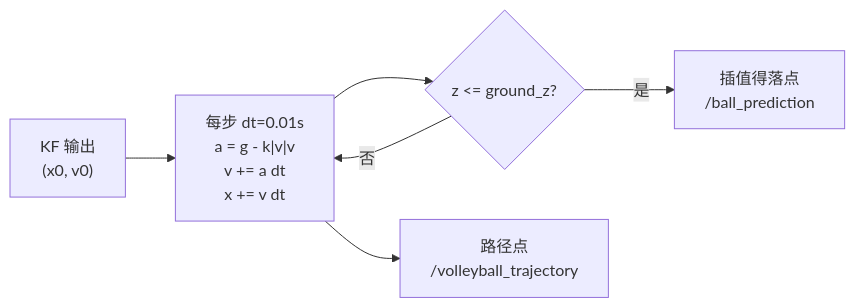
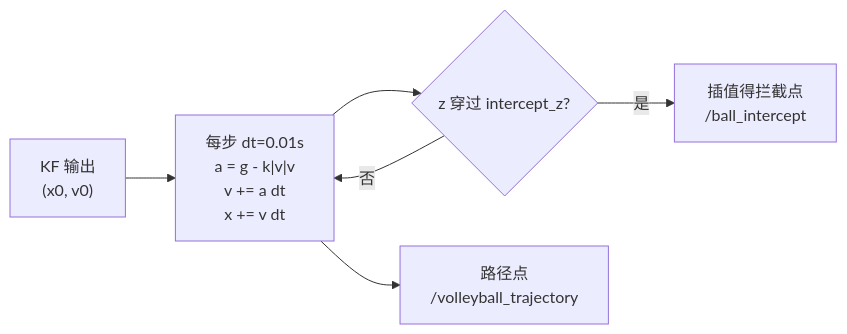
One commit to Jacknb03/volleyball_detection changed the fourth of 5 diagrams in README.md. Above: the diagram before and after it, drawn with Mermaid. The commit also changed other lines of this file and 47 other files, not shown here.

````diff
--- a/README.md
+++ b/README.md
@@ -274,8 +274,8 @@
 ```mermaid
 flowchart LR
   IN["KF 输出\n(x0, v0)"] --> LOOP["每步 dt=0.01s\na = g - k|v|v\nv += a dt\nx += v dt"]
-  LOOP --> CHECK{z <= ground_z?}
+  LOOP --> CHECK{z 穿过 intercept_z?}
   CHECK -->|否| LOOP
-  CHECK -->|是| LAND["插值得落点\n/ball_prediction"]
+  CHECK -->|是| EVT["插值得拦截点\n/ball_intercept"]
   LOOP --> PATH["路径点\n/volleyball_trajectory"]
 ```
````
